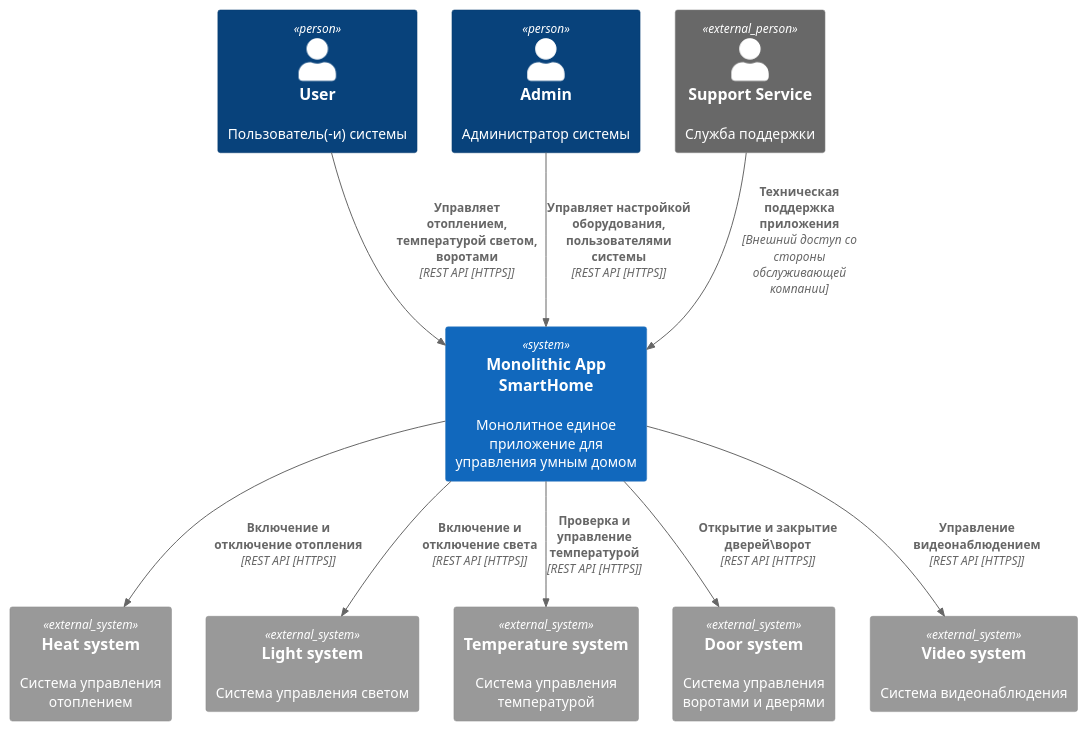
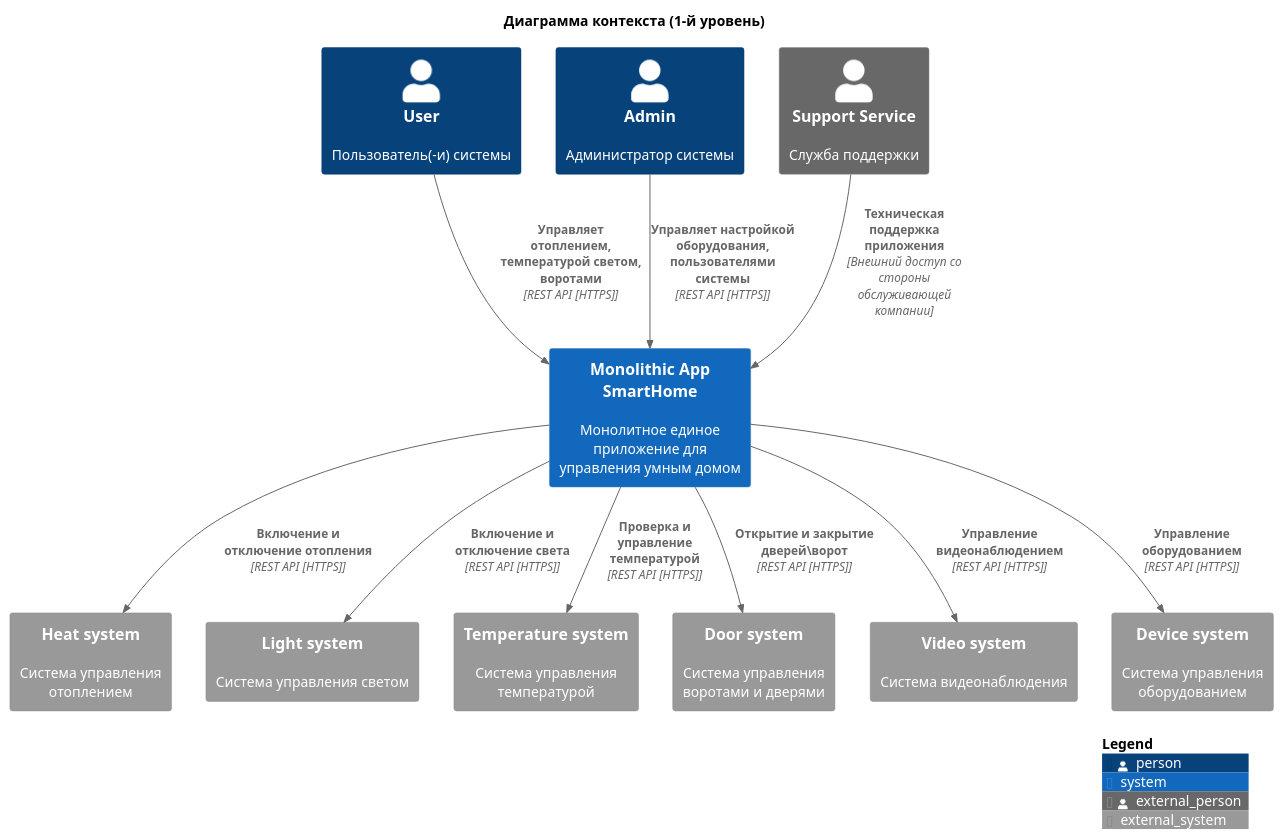
One commit to bofeof/architecture-sprint-3 changed the diagram in docs/diagrams/Context/C4_Context_Smarthome.puml. Above: the diagram before and after it, drawn with PlantUML. The commit also changed 4 other files, not shown here.

```diff
--- a/docs/diagrams/Context/C4_Context_Smarthome.puml
+++ b/docs/diagrams/Context/C4_Context_Smarthome.puml
@@ -1,27 +1,34 @@
 @startuml C4_Context_Smarthome
 !include https://raw.githubusercontent.com/plantuml-stdlib/C4-PlantUML/master/C4_Container.puml
 
+title Диаграмма контекста (1-й уровень)
 
 Person(user, "User", "Пользователь(-и) системы")
 Person(admin, "Admin", "Администратор системы")
 Person_Ext(support, "Support Service", "Служба поддержки")
 
 System(monoApp, "Monolithic App SmartHome", "Монолитное единое приложение для управления умным домом")
 
 System_Ext(heatSys, "Heat system", "Система управления отоплением")
 System_Ext(lightSys, "Light system", "Система управления светом")
 System_Ext(temperatureSys, "Temperature system", "Система управления температурой")
-System_Ext(doorSys, "Door system", "Система управления воротами и дверями")
+System_Ext(gateSys, "Door system", "Система управления воротами и дверями")
 System_Ext(videoSys, "Video system", "Система видеонаблюдения")
+System_Ext(deviceSys, "Device system", "Система управления оборудованием")
 
 Rel(user, monoApp, "Управляет отоплением, температурой светом, воротами", "REST API [HTTPS]")
 Rel(admin, monoApp, "Управляет настройкой оборудования, пользователями системы", "REST API [HTTPS]")
 Rel(support, monoApp, "Техническая поддержка приложения", "Внешний доступ со стороны обслуживающей компании")
 
 Rel(monoApp, heatSys , "Включение и отключение отопления", "REST API [HTTPS]")
 Rel(monoApp, lightSys, "Включение и отключение света", "REST API [HTTPS]")
 Rel(monoApp, temperatureSys, "Проверка и управление температурой", "REST API [HTTPS]")
-Rel(monoApp, doorSys, "Открытие и закрытие дверей\ворот", "REST API [HTTPS]")
+Rel(monoApp, gateSys, "Открытие и закрытие дверей\ворот", "REST API [HTTPS]")
 Rel(monoApp, videoSys, "Управление видеонаблюдением", "REST API [HTTPS]")
+Rel(monoApp, deviceSys, "Управление оборудованием", "REST API [HTTPS]")
+
+
+LAYOUT_WITH_LEGEND()
+SHOW_LEGEND()
 
 @enduml
```
